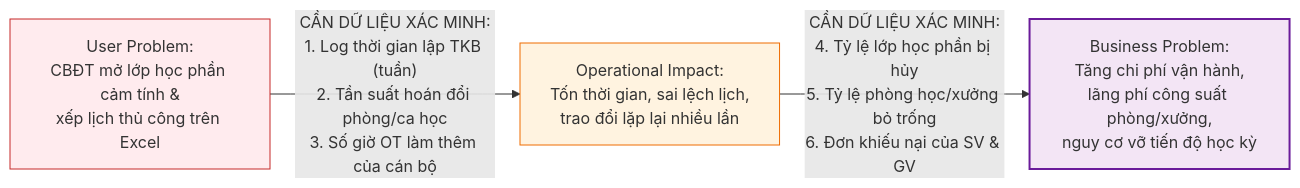
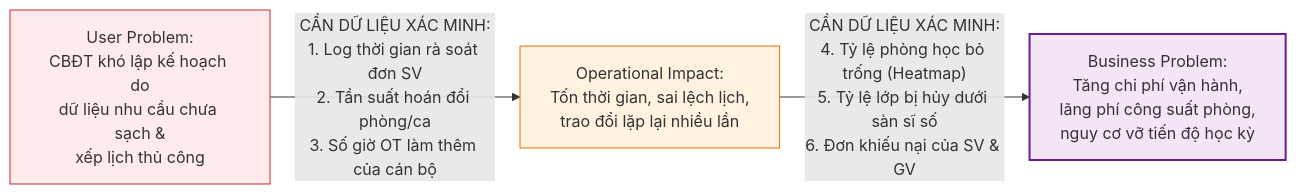
One commit to cacancap/IT3120_QuanLyDaoTao changed the first of 2 diagrams in bai-tap-1/BAO-CAO-TONG-HOP-NHOM.md. Above: the diagram before and after it, drawn with Mermaid. The commit also changed other lines of this file, not shown here.

````diff
--- a/bai-tap-1/BAO-CAO-TONG-HOP-NHOM.md
+++ b/bai-tap-1/BAO-CAO-TONG-HOP-NHOM.md
@@ -167,9 +120,9 @@
 ```mermaid
 flowchart LR
-    UP["User Problem:<br/>CBĐT mở lớp học phần cảm tính &<br/>xếp lịch thủ công trên Excel"] -->|"CẦN DỮ LIỆU XÁC MINH:<br/>1. Log thời gian lập TKB (tuần)<br/>2. Tần suất hoán đổi phòng/ca học<br/>3. Số giờ OT làm thêm của cán bộ"| OI["Operational Impact:<br/>Tốn thời gian, sai lệch lịch,<br/>trao đổi lặp lại nhiều lần"]
-    OI -->|"CẦN DỮ LIỆU XÁC MINH:<br/>4. Tỷ lệ lớp học phần bị hủy<br/>5. Tỷ lệ phòng học/xưởng bỏ trống<br/>6. Đơn khiếu nại của SV & GV"| BP["Business Problem:<br/>Tăng chi phí vận hành,<br/>lãng phí công suất phòng/xưởng,<br/>nguy cơ vỡ tiến độ học kỳ"]
+    UP["User Problem:<br/>CBĐT khó lập kế hoạch do<br/>dữ liệu nhu cầu chưa sạch &<br/>xếp lịch thủ công"] -->|"CẦN DỮ LIỆU XÁC MINH:<br/>1. Log thời gian rà soát đơn SV<br/>2. Tần suất hoán đổi phòng/ca<br/>3. Số giờ OT làm thêm của cán bộ"| OI["Operational Impact:<br/>Tốn thời gian, sai lệch lịch,<br/>trao đổi lặp lại nhiều lần"]
+    OI -->|"CẦN DỮ LIỆU XÁC MINH:<br/>4. Tỷ lệ phòng học bỏ trống (Heatmap)<br/>5. Tỷ lệ lớp bị hủy dưới sàn sĩ số<br/>6. Đơn khiếu nại của SV & GV"| BP["Business Problem:<br/>Tăng chi phí vận hành,<br/>lãng phí công suất phòng,<br/>nguy cơ vỡ tiến độ học kỳ"]
     
     style UP fill:#ffebee,stroke:#c62828,stroke-width:1px
     style OI fill:#fff3e0,stroke:#ef6c00,stroke-width:1px
     style BP fill:#f3e5f5,stroke:#6a1b9a,stroke-width:2px
 ```
````
